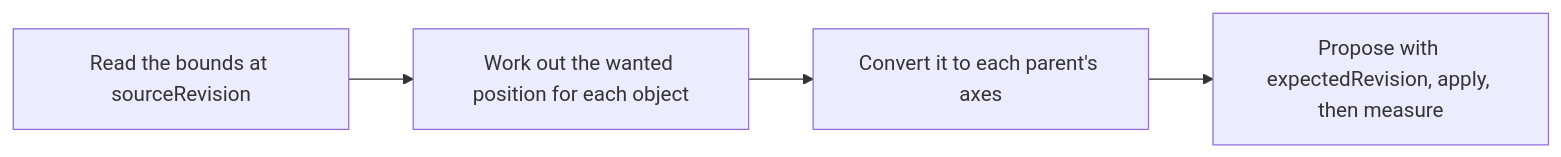
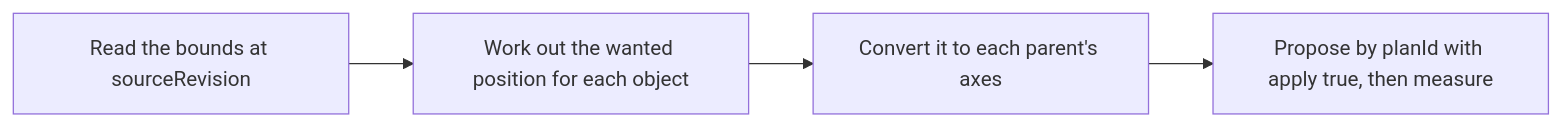
The diagram in docs/tools/editor.plan_placement.md (AbdulHaseeb-1/Movynta), drawn with Mermaid before and after one commit. The commit also changed other lines of this file and 33 other files, not shown here.

````diff
--- a/docs/tools/editor.plan_placement.md
+++ b/docs/tools/editor.plan_placement.md
@@ -89,10 +91,10 @@
 ```mermaid
 flowchart LR
   S0["Read the bounds at sourceRevision"]
   S1["Work out the wanted position for each object"]
   S2["Convert it to each parent's axes"]
-  S3["Propose with expectedRevision, apply, then measure"]
+  S3["Propose by planId with apply true, then measure"]
   S0 --> S1
   S1 --> S2
   S2 --> S3
 ```
````
